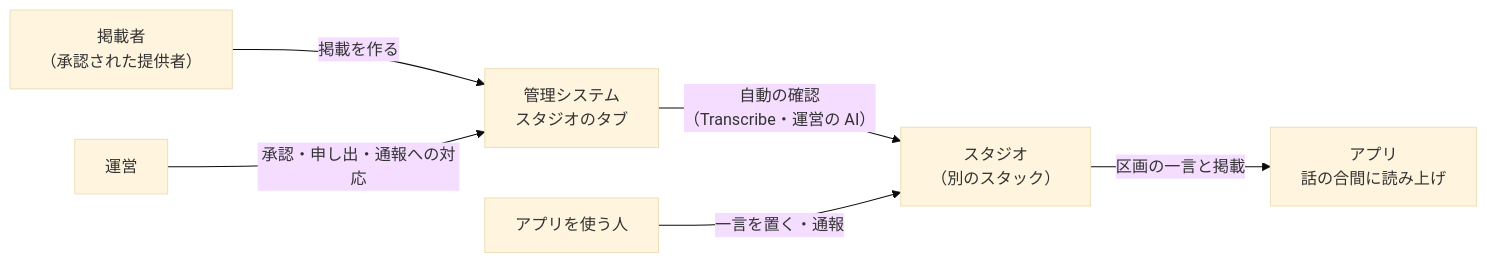
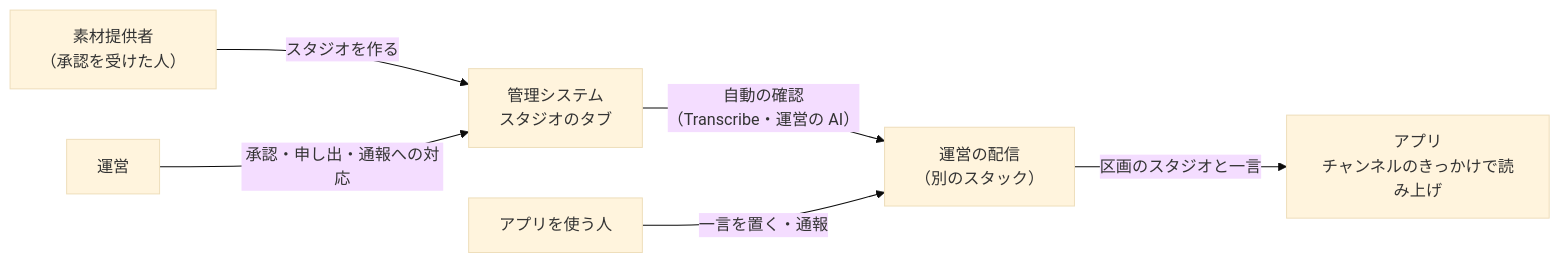
The fifth of 5 diagrams in docs/guide/concepts.md (duwenji/yorisoi-console), drawn with Mermaid (base theme) before and after one commit. The commit also changed other lines of this file and 39 other files, not shown here.

````diff
--- a/docs/guide/concepts.md
+++ b/docs/guide/concepts.md
@@ -137,8 +137,8 @@
 ```mermaid
 flowchart LR
-    PB["掲載者<br/>（承認された提供者）"] -- "掲載を作る" --> CS["管理システム<br/>スタジオのタブ"]
-    CS -- "自動の確認<br/>（Transcribe・運営の AI）" --> ST["スタジオ<br/>（別のスタック）"]
+    PB["素材提供者<br/>（承認を受けた人）"] -- "スタジオを作る" --> CS["管理システム<br/>スタジオのタブ"]
+    CS -- "自動の確認<br/>（Transcribe・運営の AI）" --> ST["運営の配信<br/>（別のスタック）"]
     U["アプリを使う人"] -- "一言を置く・通報" --> ST
-    ST -- "区画の一言と掲載" --> A["アプリ<br/>話の合間に読み上げ"]
+    ST -- "区画のスタジオと一言" --> A["アプリ<br/>チャンネルのきっかけで読み上げ"]
     OP["運営"] -- "承認・申し出・通報への対応" --> CS
 ```
````
